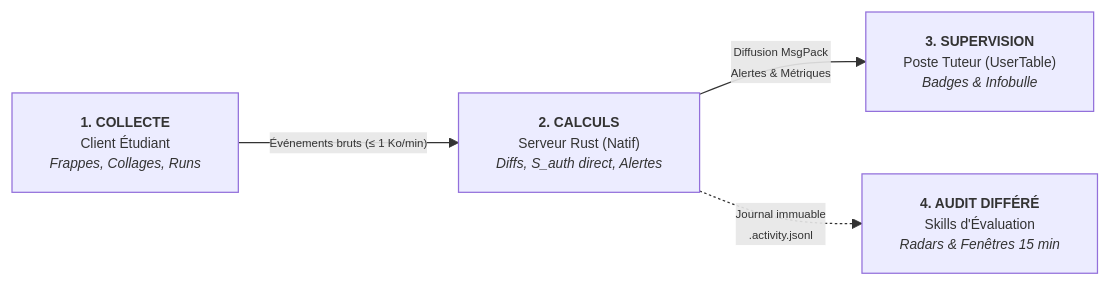
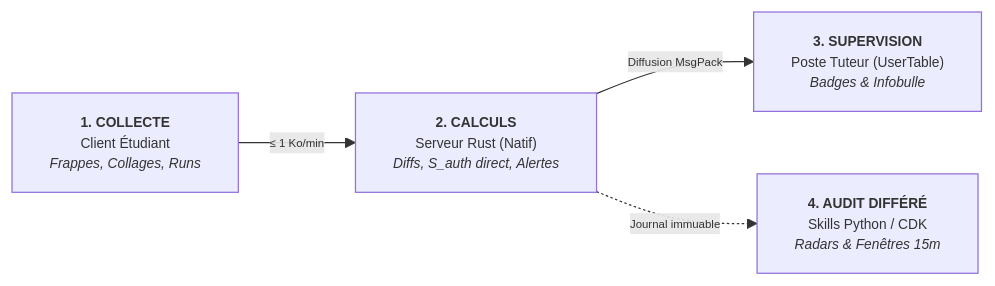
Before and after one commit to jlehuen/CodeLab: the first of 2 diagrams in mkdocs/doc-fr/docs/telemetrie.md, drawn with Mermaid. The commit also changed other lines of this file and 1 other file, not shown here.

Commit message:
docs(telemetrie): mise en page verticale en 2 sous-graphes eliminant le downscaling du diagramme

````diff
--- a/mkdocs/doc-fr/docs/telemetrie.md
+++ b/mkdocs/doc-fr/docs/telemetrie.md
@@ -22,12 +22,12 @@
 ```mermaid
 %%{init: {'themeVariables': { 'fontSize': '11px' }}}%%
 flowchart LR
     classDef default font-size:11px;
 
-    A["<span style='font-size:12px'><b>1. COLLECTE</b></span><br/>Client Étudiant<br/><i>Frappes, Collages, Runs</i>"] 
-    -->|"<small>Événements bruts (≤ 1 Ko/min)</small>"| B["<span style='font-size:12px'><b>2. CALCULS</b></span><br/>Serveur Rust (Natif)<br/><i>Diffs, S_auth direct, Alertes</i>"]
+    A["<b>1. COLLECTE</b><br/>Client Étudiant<br/><i>Frappes, Collages, Runs</i>"] 
+    -->|"<small>≤ 1 Ko/min</small>"| B["<b>2. CALCULS</b><br/>Serveur Rust (Natif)<br/><i>Diffs, S_auth direct, Alertes</i>"]
     
-    B -->|"<small>Diffusion MsgPack<br/>Alertes &amp; Métriques</small>"| C["<span style='font-size:12px'><b>3. SUPERVISION</b></span><br/>Poste Tuteur (UserTable)<br/><i>Badges &amp; Infobulle</i>"]
+    B -->|"<small>Diffusion MsgPack</small>"| C["<b>3. SUPERVISION</b><br/>Poste Tuteur (UserTable)<br/><i>Badges &amp; Infobulle</i>"]
     
-    B -.->|"<small>Journal immuable<br/>.activity.jsonl</small>"| D["<span style='font-size:12px'><b>4. AUDIT DIFFÉRÉ</b></span><br/>Skills d'Évaluation<br/><i>Radars &amp; Fenêtres 15 min</i>"]
+    B -.->|"<small>Journal immuable</small>"| D["<b>4. AUDIT DIFFÉRÉ</b><br/>Skills Python / CDK<br/><i>Radars &amp; Fenêtres 15m</i>"]
 ```
````
